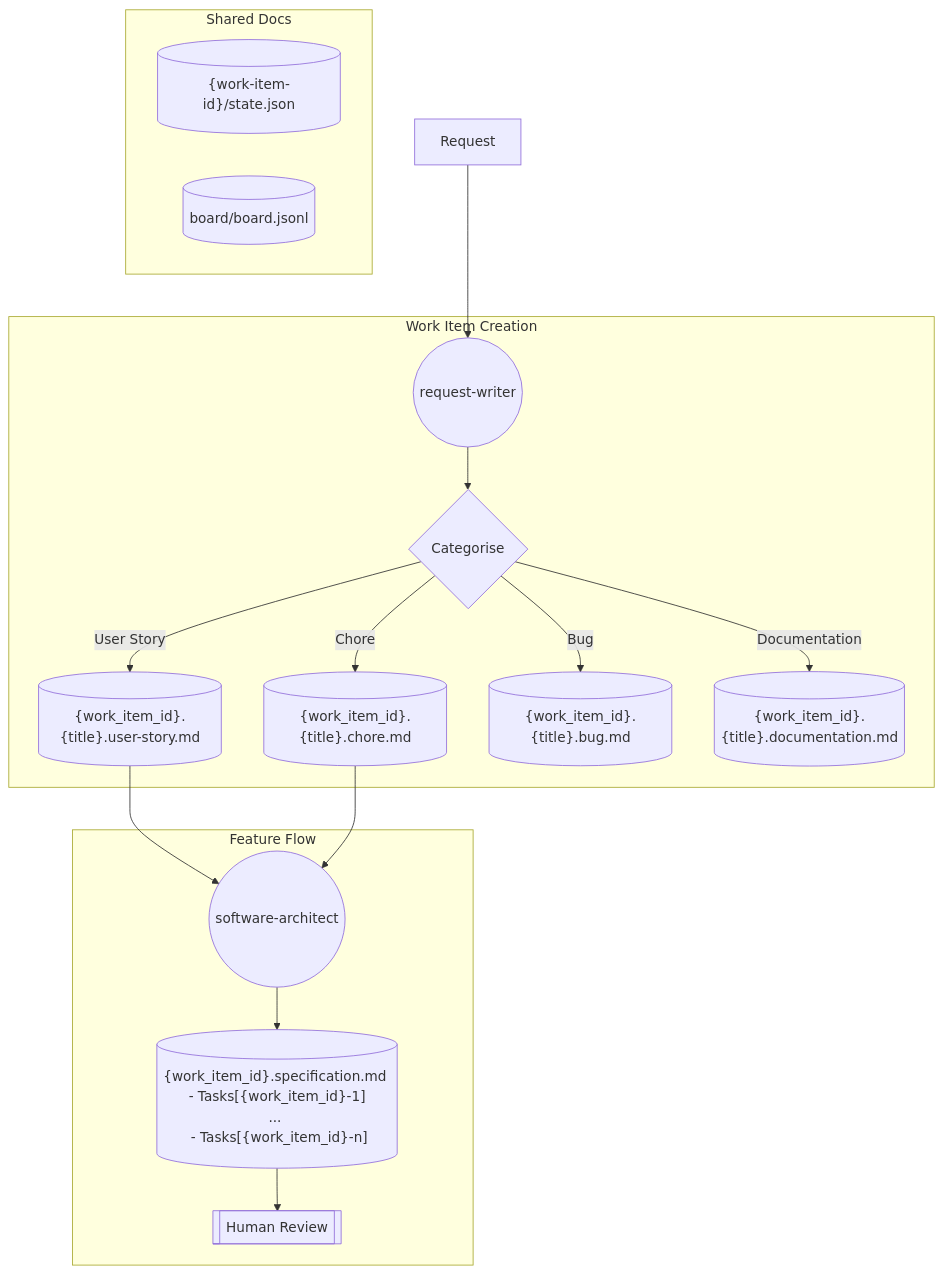
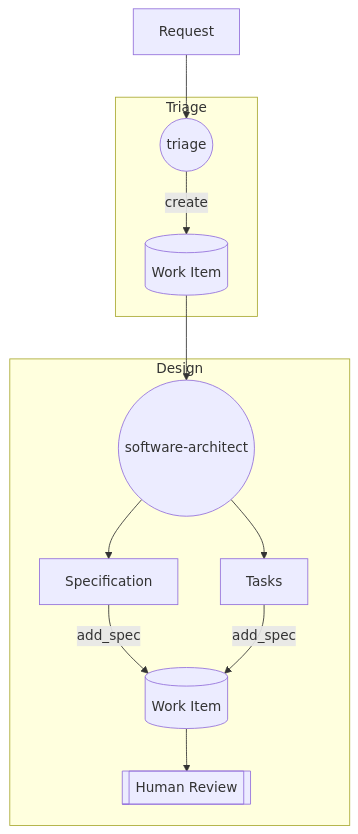
Before and after one commit to synonms/satisfactory: the first of 2 diagrams in NOTES.md, drawn with Mermaid. The commit also changed other lines of this file and 3 other files, not shown here.

````diff
--- a/NOTES.md
+++ b/NOTES.md
@@ -250,30 +251,22 @@
 ```mermaid
 flowchart TD
-  subgraph Shared Docs
-    WI_STATE[("{work-item-id}/state.json")]
-    BOARD[("board/board.jsonl")]
+  subgraph Triage
+    TRIAGE(("triage"))
+    WORK_ITEM[("Work Item")]   
   end
-  subgraph Work Item Creation
-    REQUEST_WRITER(("request-writer"))
-    CATEGORISE{"Categorise"}
-    USER_STORY_TICKET[("{work_item_id}.{title}.user-story.md")]   
-    CHORE_TICKET[("{work_item_id}.{title}.chore.md")]   
-    BUG_TICKET[("{work_item_id}.{title}.bug.md")]   
-    DOC_TICKET[("{work_item_id}.{title}.documentation.md")]   
-  end
-  subgraph Feature Flow
+  subgraph Design
     SOFTWARE_ARCHITECT(("software-architect"))
-    SPECIFICATION[("{work_item_id}.specification.md \n - Tasks[{work_item_id}-1] \n... \n - Tasks[{work_item_id}-n]")]   
+    SPECIFICATION["Specification"]   
+    TASKS["Tasks"]   
+    WORK_ITEM_WITH_DESIGN[("Work Item")]   
     HUMAN[["Human Review"]]
   end
-  START[Request] --> REQUEST_WRITER
-  REQUEST_WRITER --> CATEGORISE
-  CATEGORISE -->|User Story| USER_STORY_TICKET
-  CATEGORISE -->|Chore| CHORE_TICKET
-  CATEGORISE -->|Bug| BUG_TICKET
-  CATEGORISE -->|Documentation| DOC_TICKET
-  USER_STORY_TICKET --> SOFTWARE_ARCHITECT
-  CHORE_TICKET --> SOFTWARE_ARCHITECT
+  START[Request] --> TRIAGE
+  TRIAGE -->|create| WORK_ITEM
+  WORK_ITEM --> SOFTWARE_ARCHITECT
   SOFTWARE_ARCHITECT --> SPECIFICATION
-  SPECIFICATION --> HUMAN
+  SOFTWARE_ARCHITECT --> TASKS
+  SPECIFICATION -->|add_spec| WORK_ITEM_WITH_DESIGN
+  TASKS -->|add_spec| WORK_ITEM_WITH_DESIGN
+  WORK_ITEM_WITH_DESIGN --> HUMAN
 ```
````
